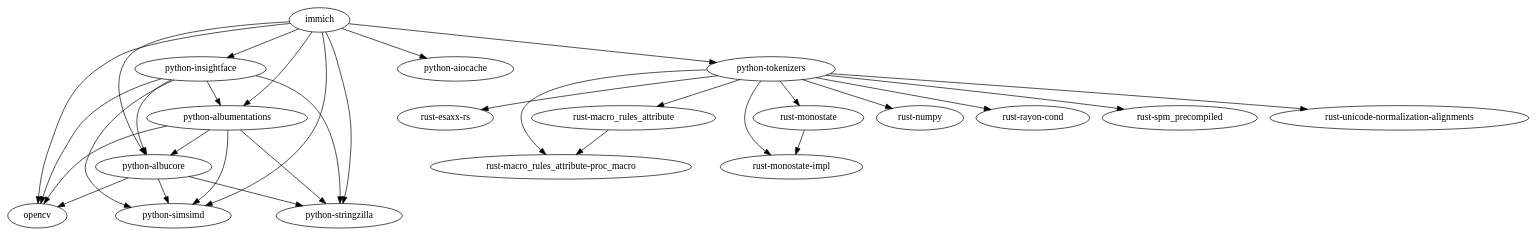
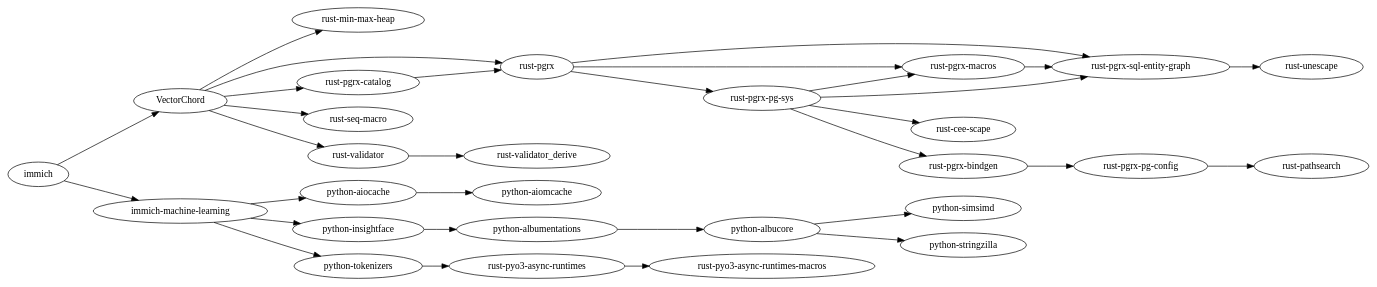
The diagram in package_tree.dot (mbooth101/immich-rpm), drawn with Graphviz before and after one commit. The commit also changed 4 other files, not shown here.

```diff
--- a/package_tree.dot
+++ b/package_tree.dot
@@ -1,33 +1,33 @@
 digraph deps {
-"immich" -> "opencv";
-"immich" -> "python-aiocache";
-"immich" -> "python-albucore";
-"immich" -> "python-albumentations";
-"immich" -> "python-insightface";
-"immich" -> "python-simsimd";
-"immich" -> "python-stringzilla";
-"immich" -> "python-tokenizers";
-"python-albucore" -> "opencv";
+rankdir="LR";
+"VectorChord" -> "rust-min-max-heap";
+"VectorChord" -> "rust-pgrx";
+"VectorChord" -> "rust-pgrx-catalog";
+"VectorChord" -> "rust-seq-macro";
+"VectorChord" -> "rust-validator";
+"rust-pgrx" -> "rust-pgrx-macros";
+"rust-pgrx" -> "rust-pgrx-pg-sys";
+"rust-pgrx" -> "rust-pgrx-sql-entity-graph";
+"rust-pgrx-catalog" -> "rust-pgrx";
+"rust-validator" -> "rust-validator_derive";
+"immich" -> "VectorChord";
+"immich" -> "immich-machine-learning";
+"immich-machine-learning" -> "python-aiocache";
+"immich-machine-learning" -> "python-insightface";
+"immich-machine-learning" -> "python-tokenizers";
+"python-aiocache" -> "python-aiomcache";
+"python-insightface" -> "python-albumentations";
+"python-tokenizers" -> "rust-pyo3-async-runtimes";
 "python-albucore" -> "python-simsimd";
 "python-albucore" -> "python-stringzilla";
-"python-albumentations" -> "opencv";
 "python-albumentations" -> "python-albucore";
-"python-albumentations" -> "python-simsimd";
-"python-albumentations" -> "python-stringzilla";
-"python-insightface" -> "opencv";
-"python-insightface" -> "python-albucore";
-"python-insightface" -> "python-albumentations";
-"python-insightface" -> "python-simsimd";
-"python-insightface" -> "python-stringzilla";
-"python-tokenizers" -> "rust-esaxx-rs";
-"python-tokenizers" -> "rust-macro_rules_attribute";
-"python-tokenizers" -> "rust-macro_rules_attribute-proc_macro";
-"python-tokenizers" -> "rust-monostate";
-"python-tokenizers" -> "rust-monostate-impl";
-"python-tokenizers" -> "rust-numpy";
-"python-tokenizers" -> "rust-rayon-cond";
-"python-tokenizers" -> "rust-spm_precompiled";
-"python-tokenizers" -> "rust-unicode-normalization-alignments";
-"rust-macro_rules_attribute" -> "rust-macro_rules_attribute-proc_macro";
-"rust-monostate" -> "rust-monostate-impl";
+"rust-pyo3-async-runtimes" -> "rust-pyo3-async-runtimes-macros";
+"rust-pgrx-macros" -> "rust-pgrx-sql-entity-graph";
+"rust-pgrx-pg-sys" -> "rust-cee-scape";
+"rust-pgrx-pg-sys" -> "rust-pgrx-bindgen";
+"rust-pgrx-pg-sys" -> "rust-pgrx-macros";
+"rust-pgrx-pg-sys" -> "rust-pgrx-sql-entity-graph";
+"rust-pgrx-sql-entity-graph" -> "rust-unescape";
+"rust-pgrx-bindgen" -> "rust-pgrx-pg-config";
+"rust-pgrx-pg-config" -> "rust-pathsearch";
 }
```
